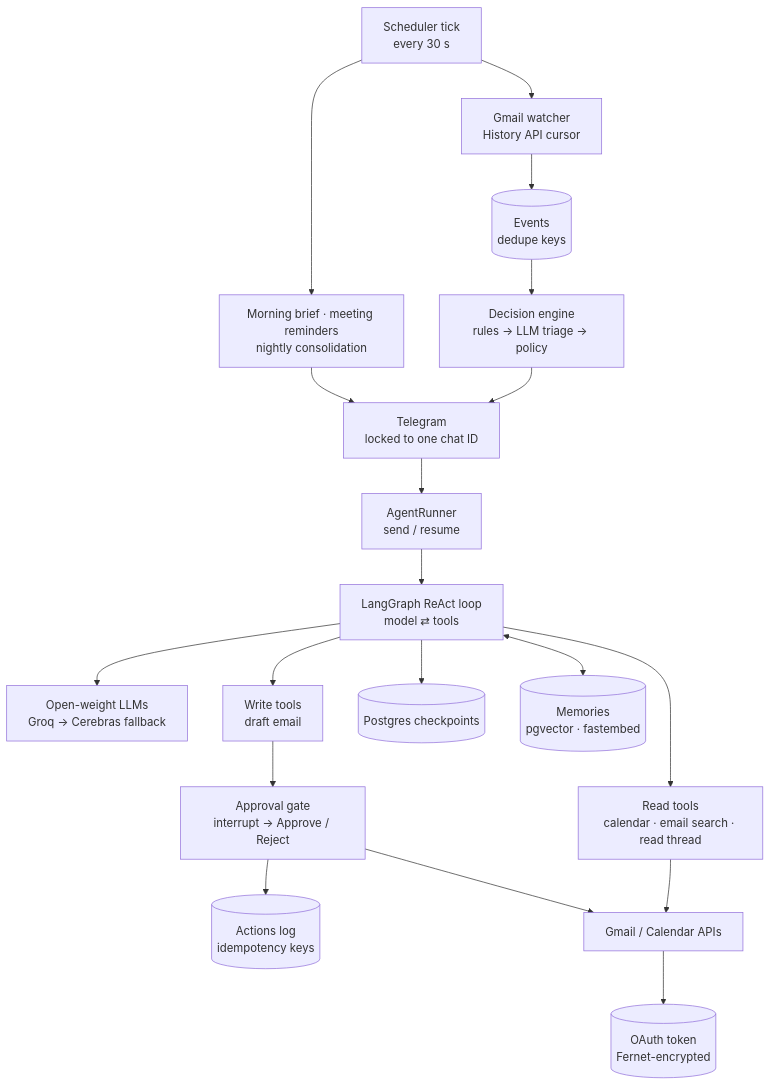
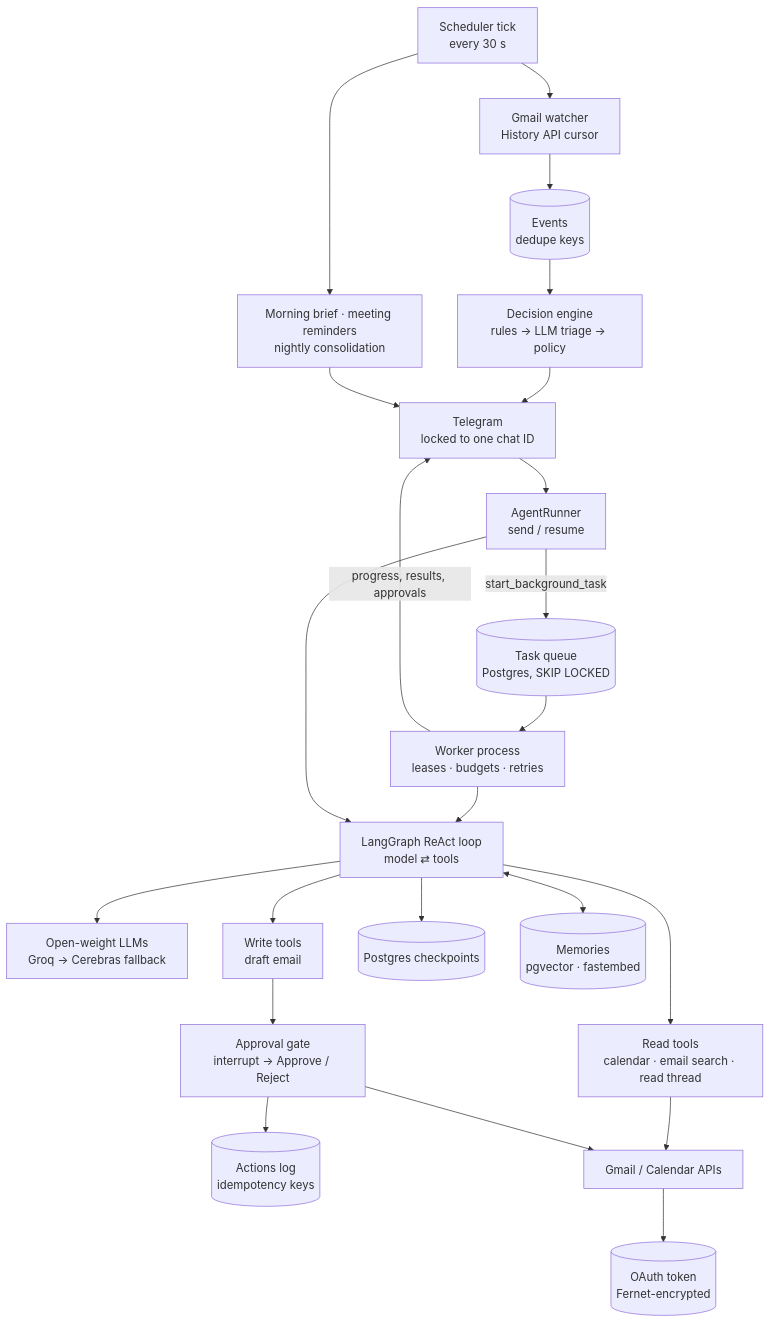
Before and after one commit to pranitdeshpande98/fuse: the diagram in README.md, drawn with Mermaid. The commit also changed other lines of this file and 3 other files, not shown here.

First line of the commit message:
feat: uv run fuse starts bot and worker; end-to-end task test; Phase 4 README

````diff
--- a/README.md
+++ b/README.md
@@ -30,21 +38,25 @@
 ```mermaid
 flowchart TD
     TG[Telegram<br/>locked to one chat ID] --> RUN[AgentRunner<br/>send / resume]
+    RUN -- start_background_task --> Q[(Task queue<br/>Postgres, SKIP LOCKED)]
+    Q --> WK[Worker process<br/>leases · budgets · retries]
+    WK --> G
+    WK -- progress, results, approvals --> TG
     RUN --> G[LangGraph ReAct loop<br/>model ⇄ tools]
     G --> LLM[Open-weight LLMs<br/>Groq → Cerebras fallback]
     G --> R[Read tools<br/>calendar · email search · read thread]
     G --> W[Write tools<br/>draft email]
     W --> GATE[Approval gate<br/>interrupt → Approve / Reject]
     GATE --> LOG[(Actions log<br/>idempotency keys)]
     G --> CP[(Postgres checkpoints)]
     G <--> MEM[(Memories<br/>pgvector · fastembed)]
     SCH[Scheduler tick<br/>every 30 s] --> WATCH[Gmail watcher<br/>History API cursor]
     WATCH --> EV[(Events<br/>dedupe keys)]
     EV --> DEC[Decision engine<br/>rules → LLM triage → policy]
     DEC --> TG
     SCH --> BRIEF[Morning brief · meeting reminders<br/>nightly consolidation]
     BRIEF --> TG
     R --> GOOG[Gmail / Calendar APIs]
     GATE --> GOOG
     GOOG --> TOK[(OAuth token<br/>Fernet-encrypted)]
 ```
````
